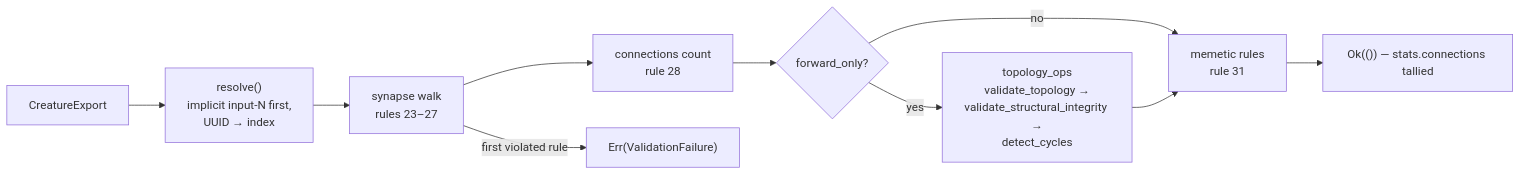
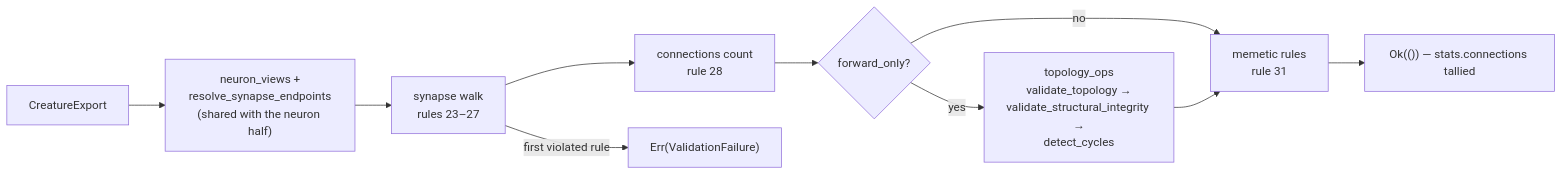
One commit to stSoftwareAU/NEAT-AI-core changed the diagram in docs/archive/pr-summaries/pr-summary-561.md. Above: the diagram before and after it, drawn with Mermaid. The commit also changed other lines of this file and 1 other file, not shown here.

First line of the commit message:
docs: rename the Mermaid forward_only node so codespell passes (PR #565)

````diff
--- a/docs/archive/pr-summaries/pr-summary-561.md
+++ b/docs/archive/pr-summaries/pr-summary-561.md
@@ -86,12 +86,12 @@
 ```mermaid
 flowchart LR
-    C["CreatureExport"] --> R["resolve()<br/>implicit input-N first,<br/>UUID → index"]
+    C["CreatureExport"] --> R["neuron_views +<br/>resolve_synapse_endpoints<br/>(shared with the neuron half)"]
     R --> W["synapse walk<br/>rules 23–27"]
     W --> N["connections count<br/>rule 28"]
-    N --> FO{"forward_only?"}
-    FO -- yes --> T["topology_ops<br/>validate_topology →<br/>validate_structural_integrity →<br/>detect_cycles"]
-    FO -- no --> M["memetic rules<br/>rule 31"]
+    N --> FWD{"forward_only?"}
+    FWD -- yes --> T["topology_ops<br/>validate_topology →<br/>validate_structural_integrity →<br/>detect_cycles"]
+    FWD -- no --> M["memetic rules<br/>rule 31"]
     T --> M
     M --> S["Ok(()) — stats.connections tallied"]
     W -- "first violated rule" --> F["Err(ValidationFailure)"]
 ```
````
